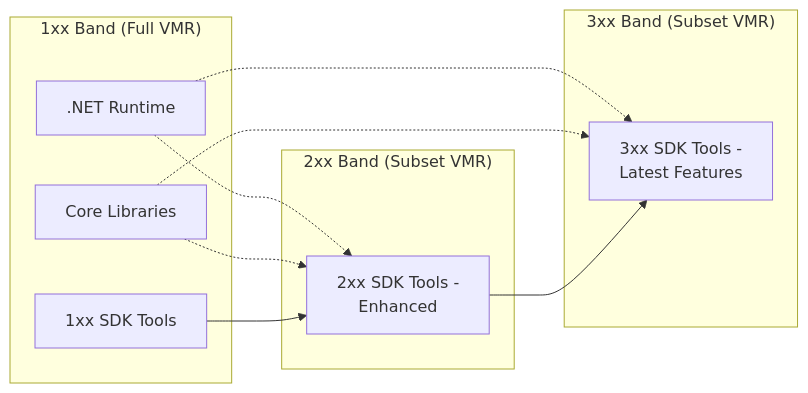
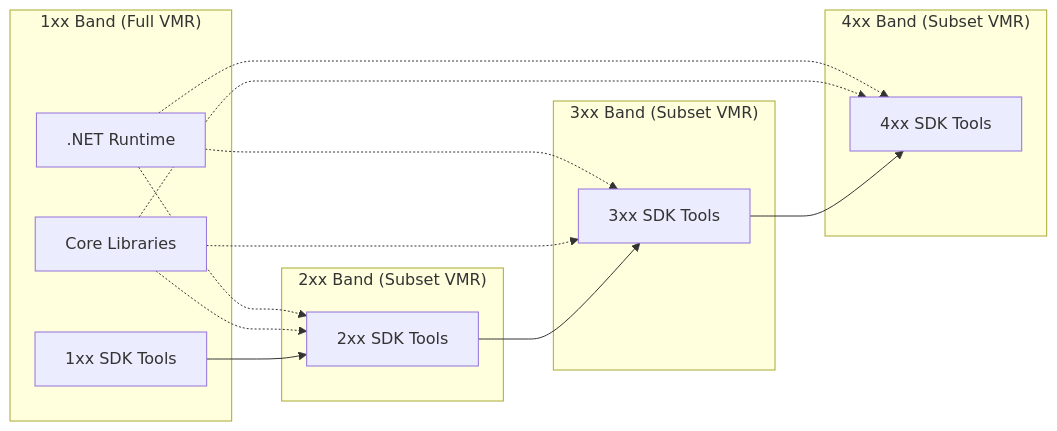
One commit to dotnet/source-build changed the first of 11 diagrams in Documentation/feature-band-source-building.md. Above: the diagram before and after it, drawn with Mermaid. The commit also changed other lines of this file, not shown here.

````diff
--- a/Documentation/feature-band-source-building.md
+++ b/Documentation/feature-band-source-building.md
@@ -73,24 +74,31 @@
 ```mermaid
 flowchart LR
     subgraph "1xx Band (Full VMR)"
         Runtime[.NET Runtime]
         Core[Core Libraries]
         SDK1xx[1xx SDK Tools]
     end
     
     subgraph "2xx Band (Subset VMR)"
-        SDK2xx[2xx SDK Tools -<br/>Enhanced]
+        SDK2xx[2xx SDK Tools]
     end
     
     subgraph "3xx Band (Subset VMR)"
-        SDK3xx[3xx SDK Tools -<br/>Latest Features]
+        SDK3xx[3xx SDK Tools]
+    end
+    
+    subgraph "4xx Band (Subset VMR)"
+        SDK4xx[4xx SDK Tools]
     end
     
     Runtime -.-> SDK2xx
     Runtime -.-> SDK3xx
+    Runtime -.-> SDK4xx
     Core -.-> SDK2xx
     Core -.-> SDK3xx
+    Core -.-> SDK4xx
     
     SDK1xx --> SDK2xx
     SDK2xx --> SDK3xx
+    SDK3xx --> SDK4xx
 ```
````
